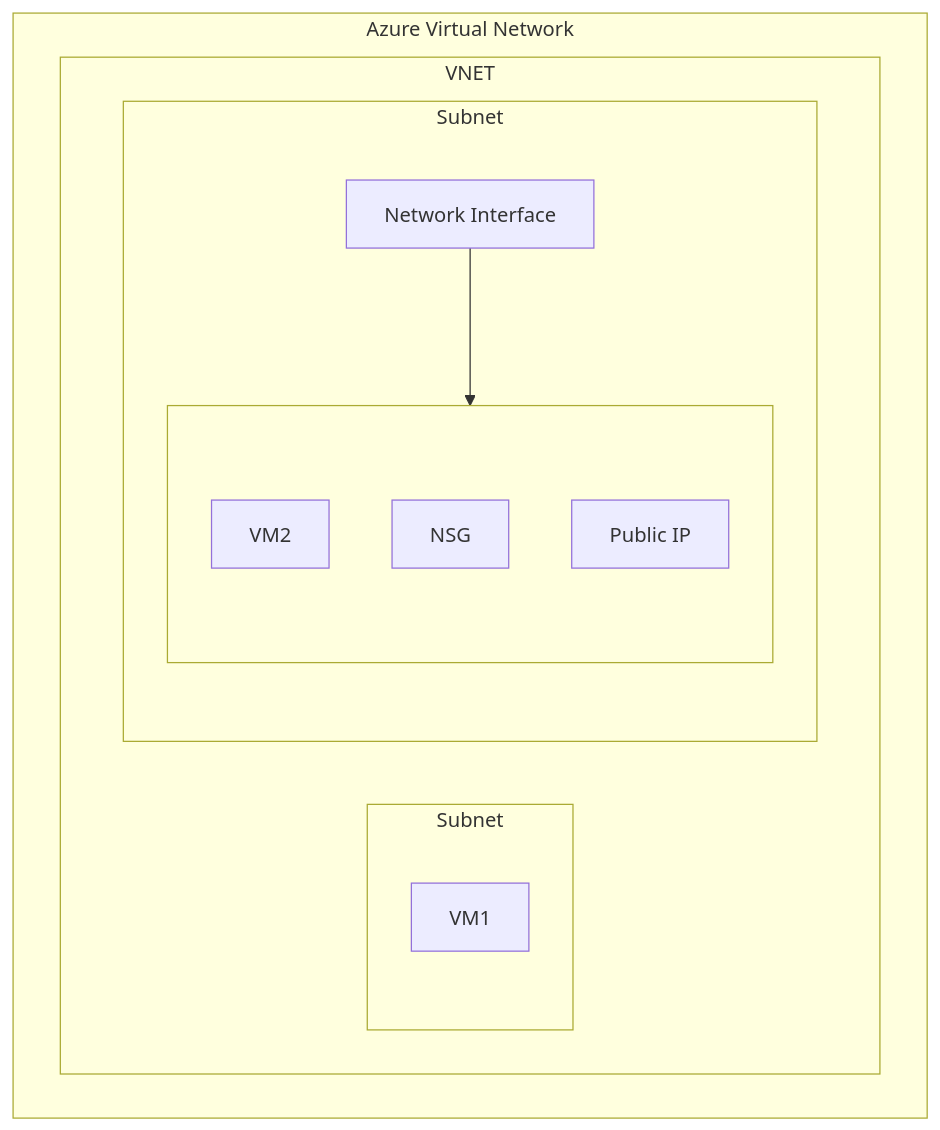
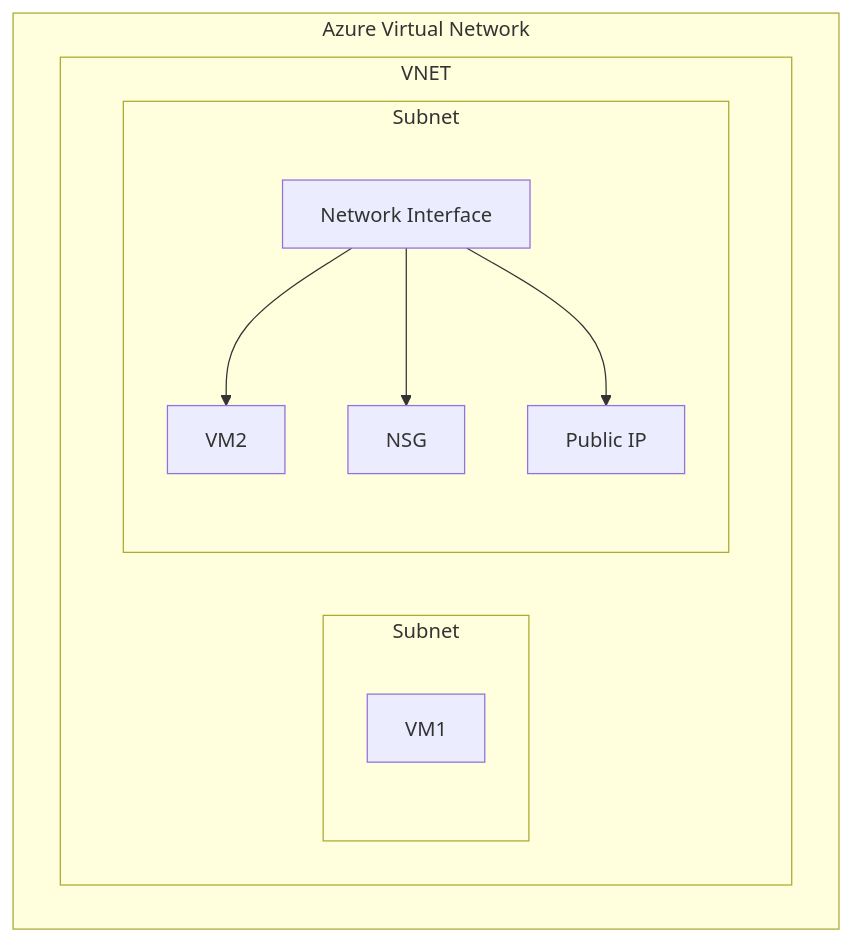
Before and after one commit to kodebot/notes2: the diagram in Azure/Basics/06-azure-networking-services.md, drawn with Mermaid.

Commit message:
auto commit

````diff
--- a/Azure/Basics/06-azure-networking-services.md
+++ b/Azure/Basics/06-azure-networking-services.md
@@ -25,22 +25,22 @@
 ```mermaid
 flowchart TB
     subgraph title["Azure Virtual Network"]
         subgraph VNET["VNET"]
             direction LR
             subgraph Subnet1["Subnet"]
                 VM1["VM1"]
             end
             subgraph Subnet2["Subnet"]
                 direction TB
                 NI["Network Interface"]
-                subgraph NIGroup[" "]
-                  VM2["VM2"]
-                  NSG["NSG"]
-                  PI["Public IP"]
-                end
+                VM2["VM2"]
+                NSG["NSG"]
+                PI["Public IP"]
+                NI-->VM2
+                NI-->NSG
+                NI-->PI
             end
         end
     end
 
-NI-->NIGroup
 ```
````
